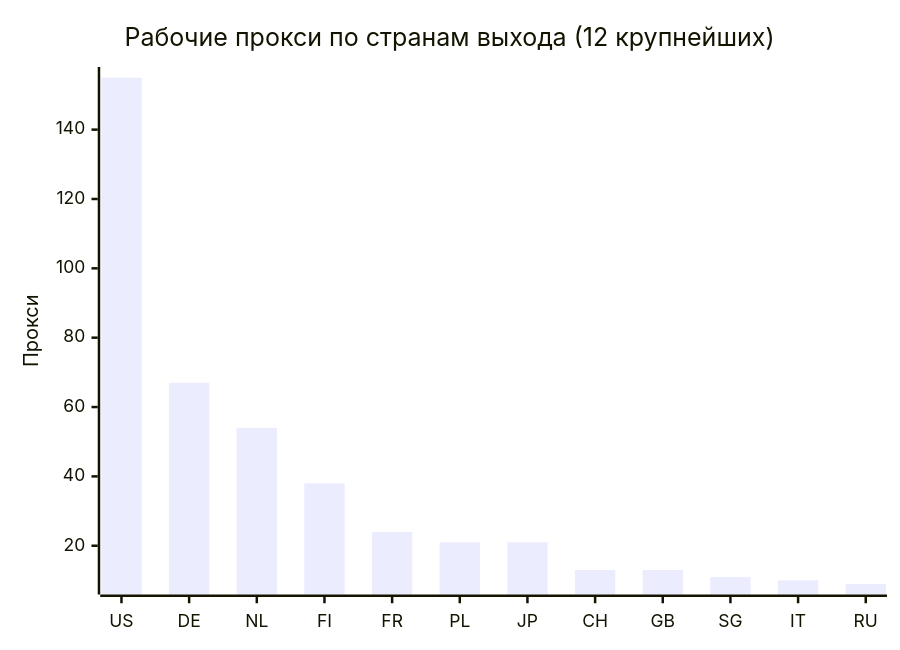
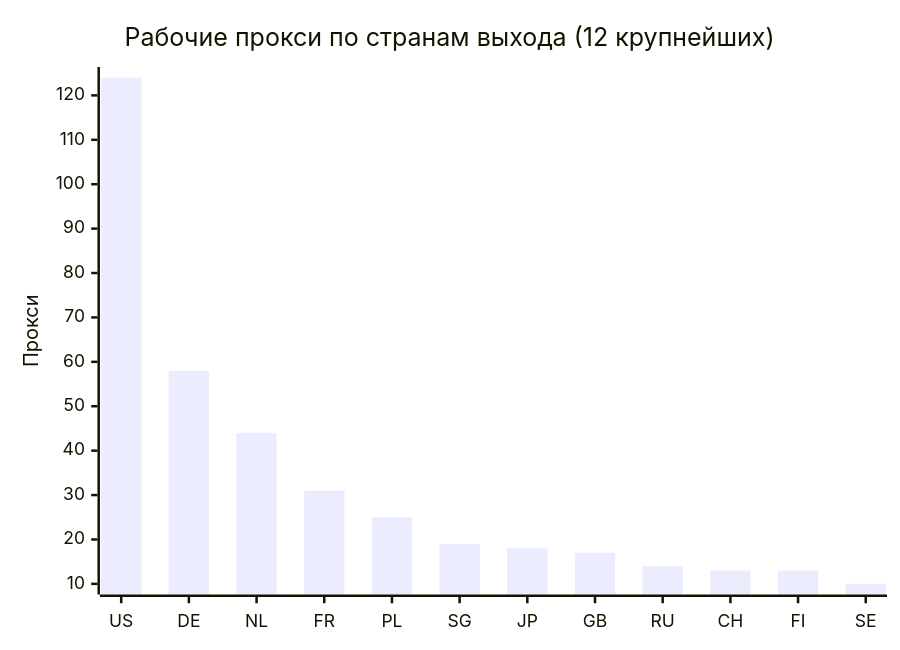
Before and after one commit to rvvg/proxy-subs: the second of 4 diagrams in README.md, drawn with Mermaid. The commit also changed other lines of this file and 52 other files, not shown here.

````diff
--- a/README.md
+++ b/README.md
@@ -127,7 +130,7 @@
 ```mermaid
 xychart-beta
     title "Рабочие прокси по странам выхода (12 крупнейших)"
-    x-axis ["US", "DE", "NL", "FI", "FR", "PL", "JP", "CH", "GB", "SG", "IT", "RU"]
+    x-axis ["US", "DE", "NL", "FR", "PL", "SG", "JP", "GB", "RU", "CH", "FI", "SE"]
     y-axis "Прокси"
-    bar [155, 67, 54, 38, 24, 21, 21, 13, 13, 11, 10, 9]
+    bar [124, 58, 44, 31, 25, 19, 18, 17, 14, 13, 13, 10]
 ```
````
